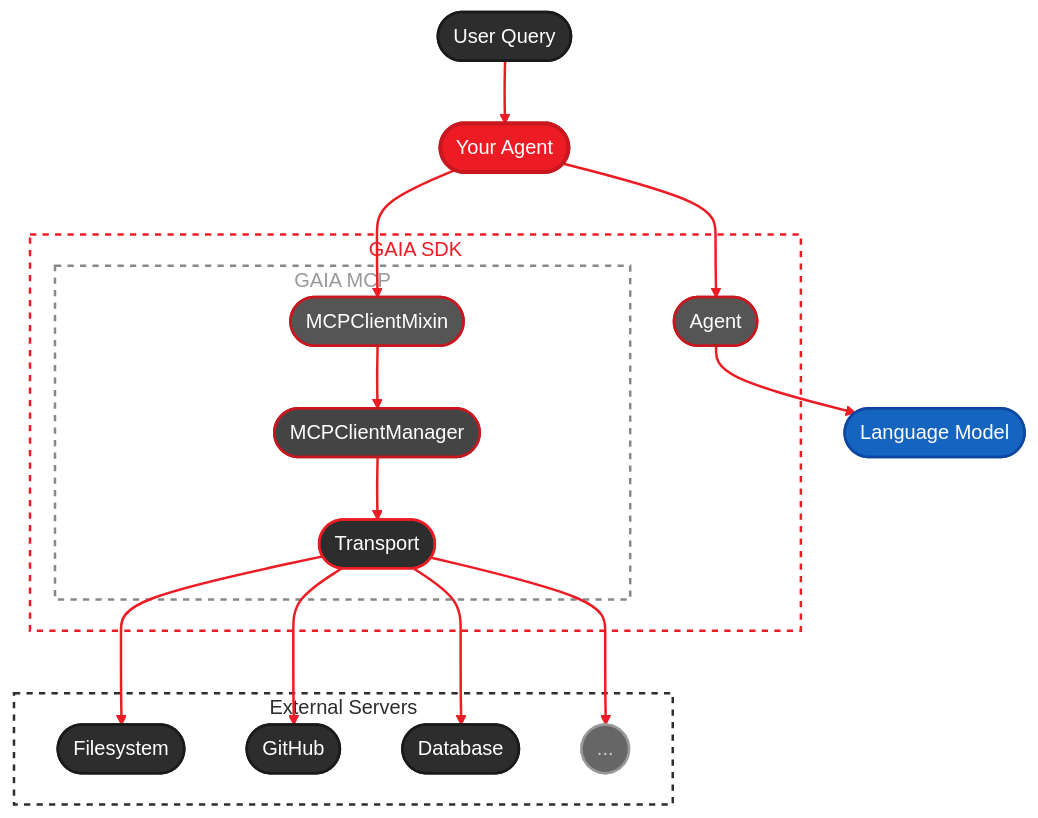
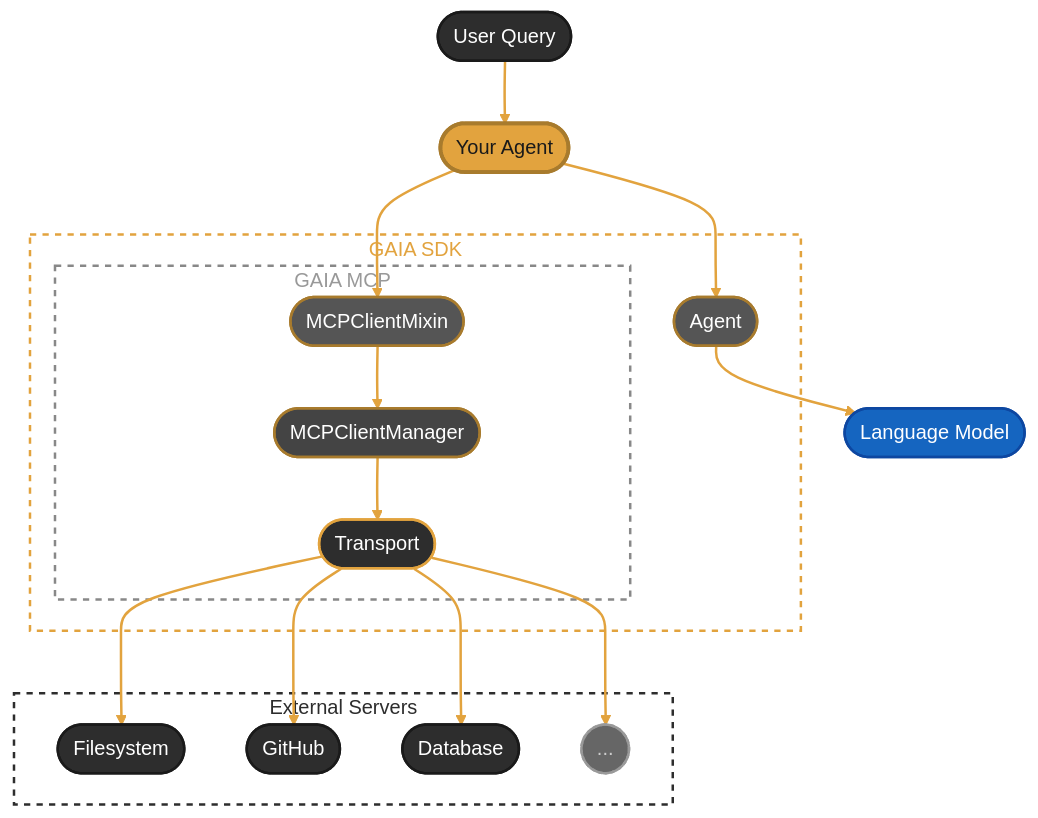
The diagram in docs/guides/mcp/client.mdx (amd/gaia), drawn with Mermaid before and after one commit. The commit also changed 37 other files, not shown here.

````diff
--- a/docs/guides/mcp/client.mdx
+++ b/docs/guides/mcp/client.mdx
@@ -157,51 +157,51 @@
 ```mermaid
-%%{init: {'theme':'base', 'themeVariables': { 'primaryColor':'#ED1C24', 'primaryTextColor':'#fff', 'primaryBorderColor':'#C8171E', 'lineColor':'#ED1C24', 'secondaryColor':'#2d2d2d', 'tertiaryColor':'#f5f5f5', 'fontFamily': 'system-ui, -apple-system, sans-serif'}, 'flowchart': {'curve': 'basis'}}}%%
+%%{init: {'theme':'base', 'themeVariables': { 'primaryColor':'#E2A33E', 'primaryTextColor':'#1a1a1a', 'primaryBorderColor':'#A87B2D', 'lineColor':'#E2A33E', 'secondaryColor':'#2d2d2d', 'tertiaryColor':'#f5f5f5', 'fontFamily': 'system-ui, -apple-system, sans-serif'}, 'flowchart': {'curve': 'basis'}}}%%
 flowchart TB
     User(["User Query"])
     YourAgent(["Your Agent"])
     LLM(["Language Model"])
 
     subgraph GAIASDK ["GAIA SDK"]
         AgentBase(["Agent"])
         subgraph MCPSDK ["GAIA MCP"]
             Mixin(["MCPClientMixin"])
             Manager(["MCPClientManager"])
             Transport(["Transport"])
         end
     end
 
     subgraph ExtServers ["External Servers"]
         FS(["Filesystem"])
         GH(["GitHub"])
         DB(["Database"])
         More(["..."])
     end
 
     User --> YourAgent
     YourAgent --> Mixin
     YourAgent --> AgentBase
     AgentBase --> LLM
     Mixin --> Manager
     Manager --> Transport
     Transport --> FS
     Transport --> GH
     Transport --> DB
     Transport --> More
 
     style User fill:#2d2d2d,stroke:#1a1a1a,stroke-width:2px,color:#fff
-    style YourAgent fill:#ED1C24,stroke:#C8171E,stroke-width:3px,color:#fff
-    style Mixin fill:#555555,stroke:#C8171E,stroke-width:2px,color:#fff
-    style AgentBase fill:#555555,stroke:#C8171E,stroke-width:2px,color:#fff
-    style Manager fill:#444444,stroke:#C8171E,stroke-width:2px,color:#fff
-    style Transport fill:#2d2d2d,stroke:#ED1C24,stroke-width:2px,color:#fff
+    style YourAgent fill:#E2A33E,stroke:#A87B2D,stroke-width:3px,color:#1a1a1a
+    style Mixin fill:#555555,stroke:#A87B2D,stroke-width:2px,color:#fff
+    style AgentBase fill:#555555,stroke:#A87B2D,stroke-width:2px,color:#fff
+    style Manager fill:#444444,stroke:#A87B2D,stroke-width:2px,color:#fff
+    style Transport fill:#2d2d2d,stroke:#E2A33E,stroke-width:2px,color:#fff
     style LLM fill:#1565C0,stroke:#0D47A1,stroke-width:2px,color:#fff
     style FS fill:#2d2d2d,stroke:#1a1a1a,stroke-width:2px,color:#fff
     style GH fill:#2d2d2d,stroke:#1a1a1a,stroke-width:2px,color:#fff
     style DB fill:#2d2d2d,stroke:#1a1a1a,stroke-width:2px,color:#fff
     style More fill:#666,stroke:#999,stroke-width:2px,color:#ccc,stroke-dasharray:3
-    style GAIASDK fill:none,stroke:#ED1C24,stroke-width:2px,stroke-dasharray:5,color:#ED1C24
+    style GAIASDK fill:none,stroke:#E2A33E,stroke-width:2px,stroke-dasharray:5,color:#E2A33E
     style MCPSDK fill:none,stroke:#888,stroke-width:2px,stroke-dasharray:5,color:#999
     style ExtServers fill:none,stroke:#2d2d2d,stroke-width:2px,stroke-dasharray:5,color:#2d2d2d
 
-    linkStyle default stroke:#ED1C24,stroke-width:2px
+    linkStyle default stroke:#E2A33E,stroke-width:2px
 ```
````
